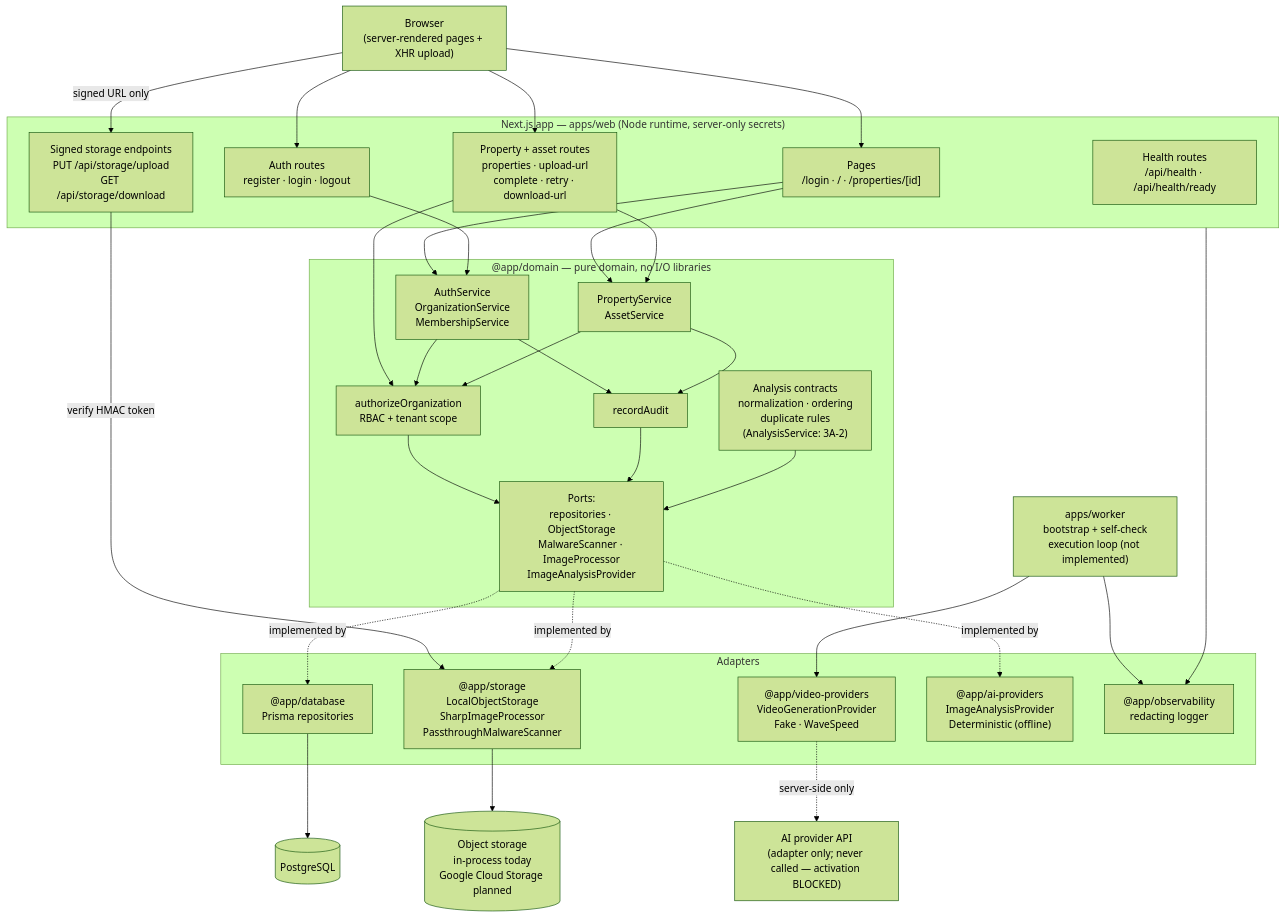
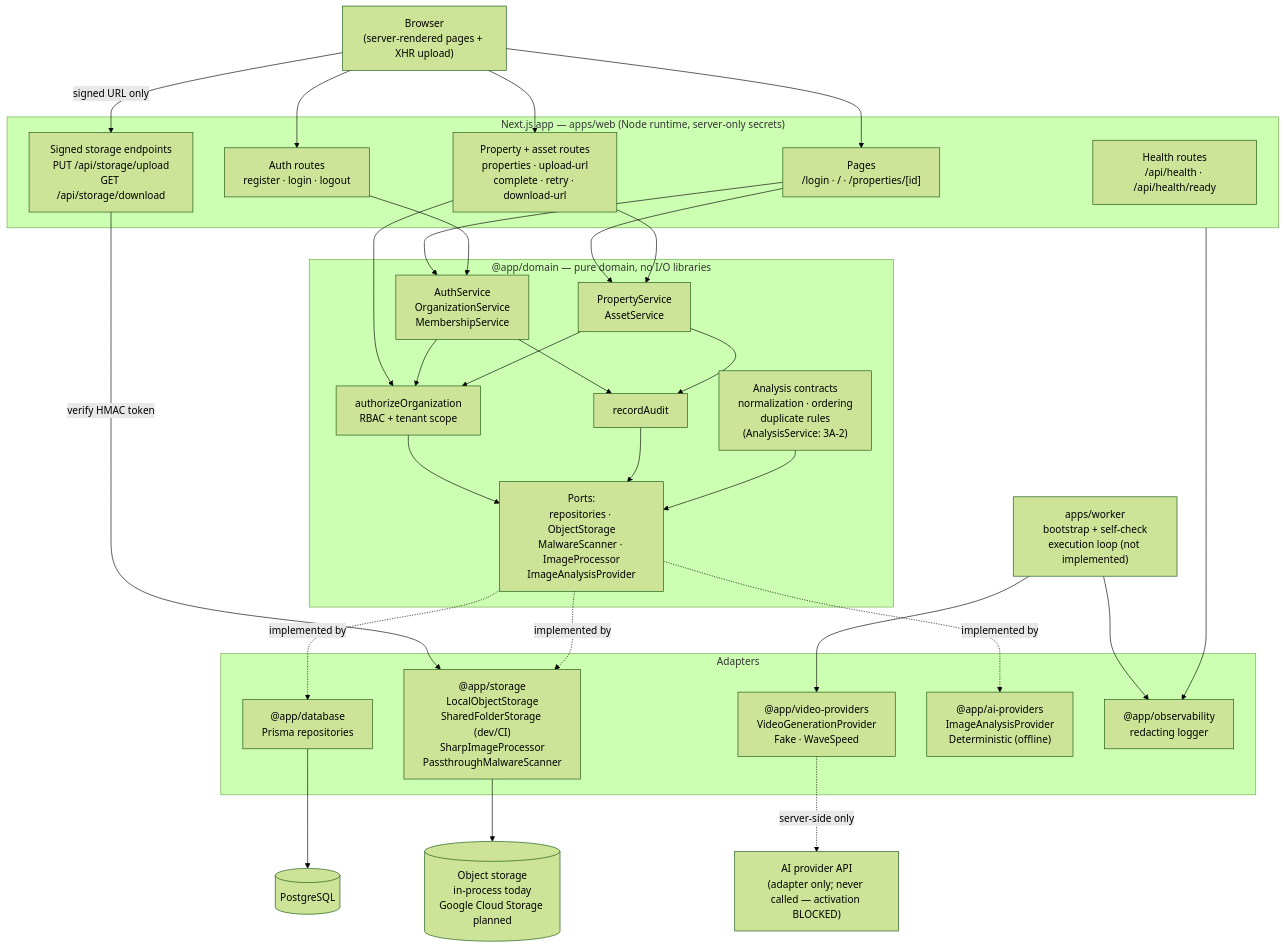
Before and after one commit to TakeTouhu/Real-Estate-Listing-Concept-Video: the diagram in docs/architecture.md, drawn with Mermaid (forest theme). The commit also changed other lines of this file and 11 other files, not shown here.

````diff
--- a/docs/architecture.md
+++ b/docs/architecture.md
@@ -12,66 +12,66 @@
 ```mermaid
 flowchart TB
   browser["Browser<br/>(server-rendered pages + XHR upload)"]
 
   subgraph web["Next.js app — apps/web (Node runtime, server-only secrets)"]
     pages["Pages<br/>/login · / · /properties/[id]"]
     authapi["Auth routes<br/>register · login · logout"]
     propapi["Property + asset routes<br/>properties · upload-url<br/>complete · retry · download-url"]
     storageapi["Signed storage endpoints<br/>PUT /api/storage/upload<br/>GET /api/storage/download"]
     health["Health routes<br/>/api/health · /api/health/ready"]
   end
 
   subgraph domain["@app/domain — pure domain, no I/O libraries"]
     identitysvc["AuthService<br/>OrganizationService<br/>MembershipService"]
     propsvc["PropertyService<br/>AssetService"]
     anasvc["Analysis contracts<br/>normalization · ordering<br/>duplicate rules<br/>(AnalysisService: 3A-2)"]
     authz["authorizeOrganization<br/>RBAC + tenant scope"]
     audit["recordAudit"]
     ports["Ports:<br/>repositories · ObjectStorage<br/>MalwareScanner · ImageProcessor<br/>ImageAnalysisProvider"]
   end
 
   subgraph adapters["Adapters"]
     db["@app/database<br/>Prisma repositories"]
-    store["@app/storage<br/>LocalObjectStorage<br/>SharpImageProcessor<br/>PassthroughMalwareScanner"]
+    store["@app/storage<br/>LocalObjectStorage<br/>SharedFolderStorage (dev/CI)<br/>SharpImageProcessor<br/>PassthroughMalwareScanner"]
     vp["@app/video-providers<br/>VideoGenerationProvider<br/>Fake · WaveSpeed"]
     aip["@app/ai-providers<br/>ImageAnalysisProvider<br/>Deterministic (offline)"]
     obs["@app/observability<br/>redacting logger"]
   end
 
   pg[("PostgreSQL")]
   objects[("Object storage<br/>in-process today<br/>Google Cloud Storage planned")]
   wavespeed["AI provider API<br/>(adapter only; never called — activation BLOCKED)"]
 
   worker["apps/worker<br/>bootstrap + self-check<br/>execution loop (not implemented)"]
 
   browser --> pages
   browser --> authapi
   browser --> propapi
   browser -- "signed URL only" --> storageapi
 
   pages --> identitysvc
   pages --> propsvc
   authapi --> identitysvc
   propapi --> propsvc
   propapi --> authz
   storageapi -- "verify HMAC token" --> store
 
   identitysvc --> authz
   propsvc --> authz
   identitysvc --> audit
   propsvc --> audit
   authz --> ports
   audit --> ports
 
   ports -.implemented by.-> db
   ports -.implemented by.-> store
   ports -.implemented by.-> aip
   anasvc --> ports
 
   db --> pg
   store --> objects
   worker --> vp
   vp -.server-side only.-> wavespeed
   web --> obs
   worker --> obs
 ```
````
